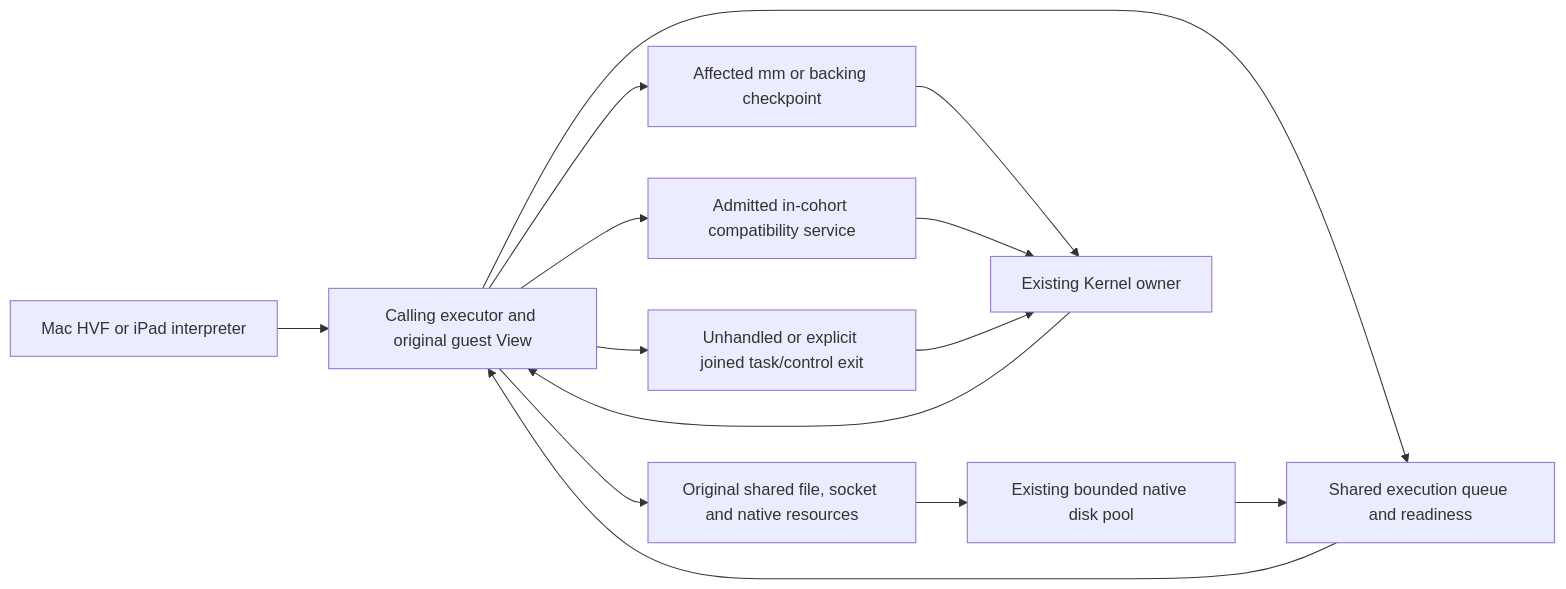
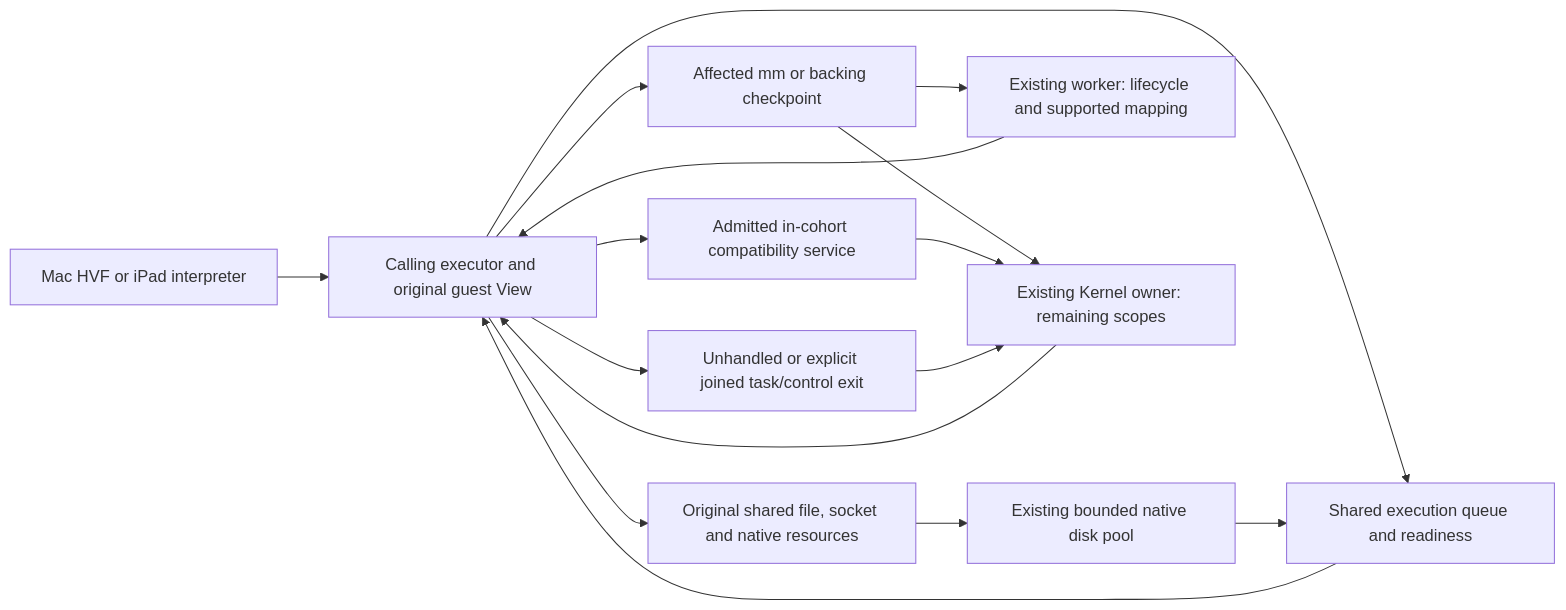
The diagram in docs/architecture/coordination-boundaries.md (kb5000/trames-runtime), drawn with Mermaid before and after one commit. The commit also changed other lines of this file and 90 other files, not shown here.

Commit message:
Run task and image lifecycle on original worker resources

````diff
--- a/docs/architecture/coordination-boundaries.md
+++ b/docs/architecture/coordination-boundaries.md
@@ -57,16 +62,18 @@
 ```mermaid
 flowchart LR
     CPU[Mac HVF or iPad interpreter] --> Entry[Calling executor and original guest View]
     Entry --> Shared[Original shared file, socket and native resources]
     Entry --> Wait[Shared execution queue and readiness]
     Wait --> Entry
     Shared --> Disk[Existing bounded native disk pool]
     Disk --> Wait
     Entry --> Scope[Affected mm or backing checkpoint]
     Entry --> Service[Admitted in-cohort compatibility service]
     Entry --> Join[Unhandled or explicit joined task/control exit]
-    Scope --> Owner[Existing Kernel owner]
+    Scope --> Lifecycle[Existing worker: lifecycle and supported mapping]
+    Lifecycle --> Entry
+    Scope --> Owner[Existing Kernel owner: remaining scopes]
     Service --> Owner
     Join --> Owner
     Owner --> Entry
 ```
````
